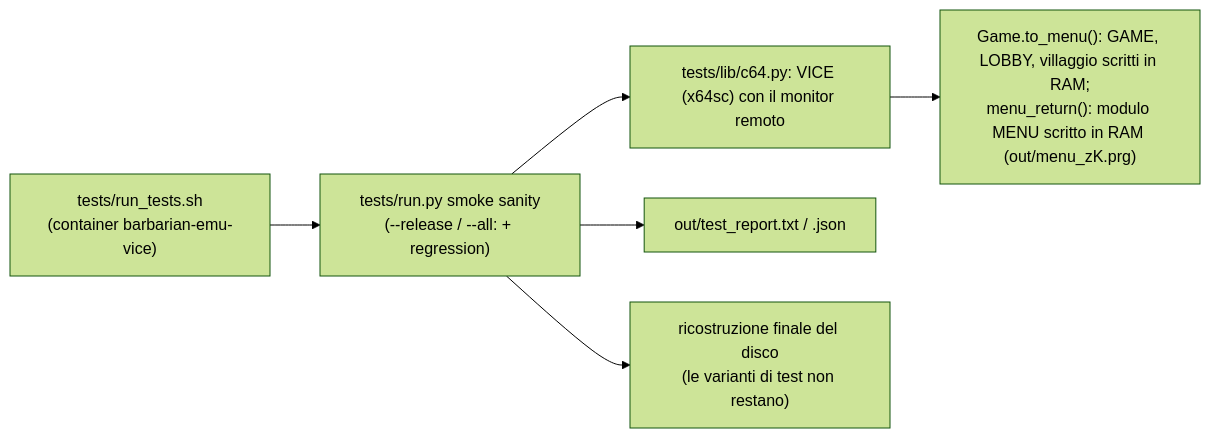
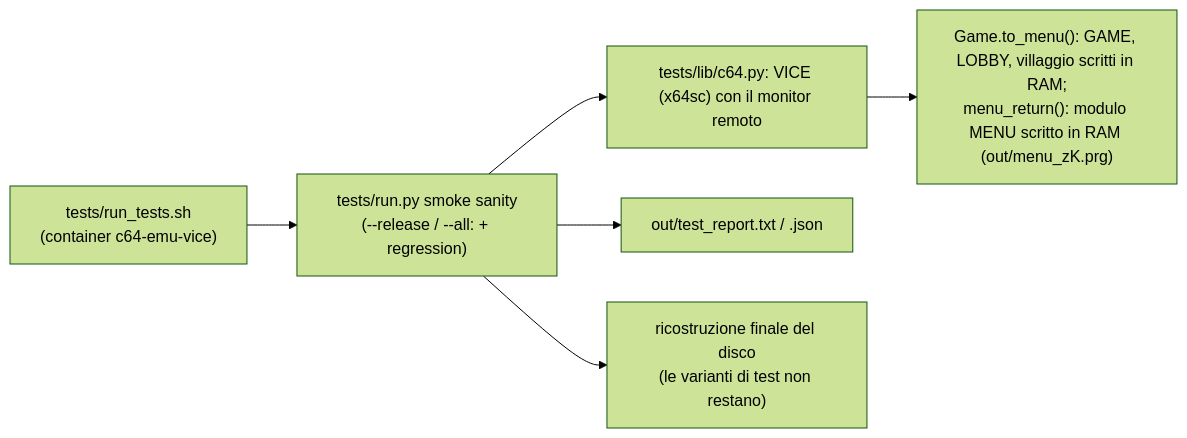
The fourth of 4 diagrams in docs/build.md (caporalesimone/barbarian-the-blood-path), drawn with Mermaid (forest theme) before and after one commit. The commit also changed other lines of this file and 209 other files, not shown here.

````diff
--- a/docs/build.md
+++ b/docs/build.md
@@ -167,8 +168,8 @@
 ```mermaid
 flowchart LR
-    RT["tests/run_tests.sh<br/>(container barbarian-emu-vice)"] --> RU["tests/run.py smoke sanity<br/>(--release / --all: + regression)"]
+    RT["tests/run_tests.sh<br/>(container c64-emu-vice)"] --> RU["tests/run.py smoke sanity<br/>(--release / --all: + regression)"]
     RU --> LIB["tests/lib/c64.py: VICE (x64sc) con il monitor remoto"]
     LIB --> FAST["Game.to_menu(): GAME, LOBBY, villaggio scritti in RAM;<br/>menu_return(): modulo MENU scritto in RAM (out/menu_zK.prg)"]
     RU --> REP["out/test_report.txt / .json"]
     RU --> FIN["ricostruzione finale del disco<br/>(le varianti di test non restano)"]
 ```
````
